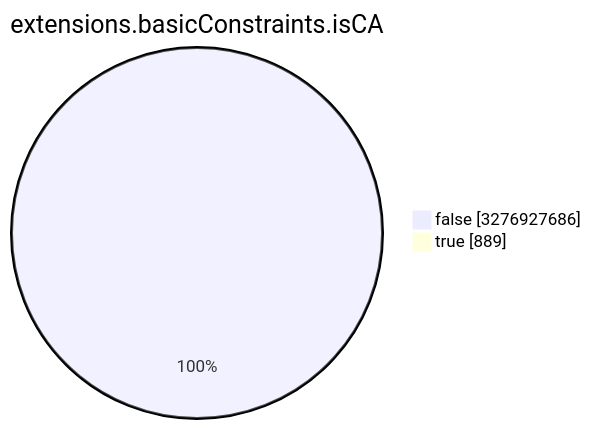
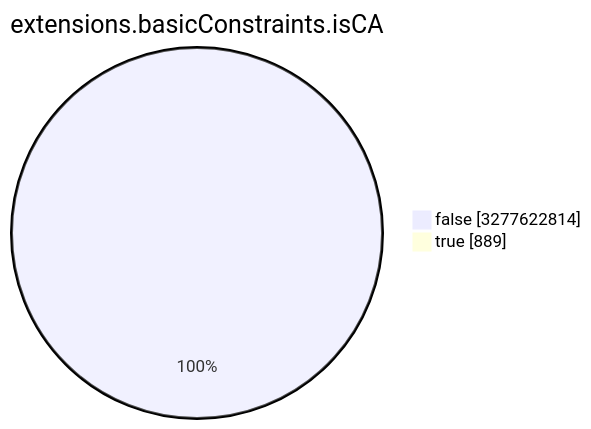
One commit to christiankrug/ctmonitor_visualization changed the seventh of 15 diagrams in TOTAL/README.md. Above: the diagram before and after it, drawn with Mermaid. The commit also changed other lines of this file, not shown here.

````diff
--- a/TOTAL/README.md
+++ b/TOTAL/README.md
@@ -3089,6 +3089,6 @@
 ```mermaid
 pie showData
 title extensions.basicConstraints.isCA
-"false" :3276927686
+"false" :3277622814
 "true" :889
 ```
````
